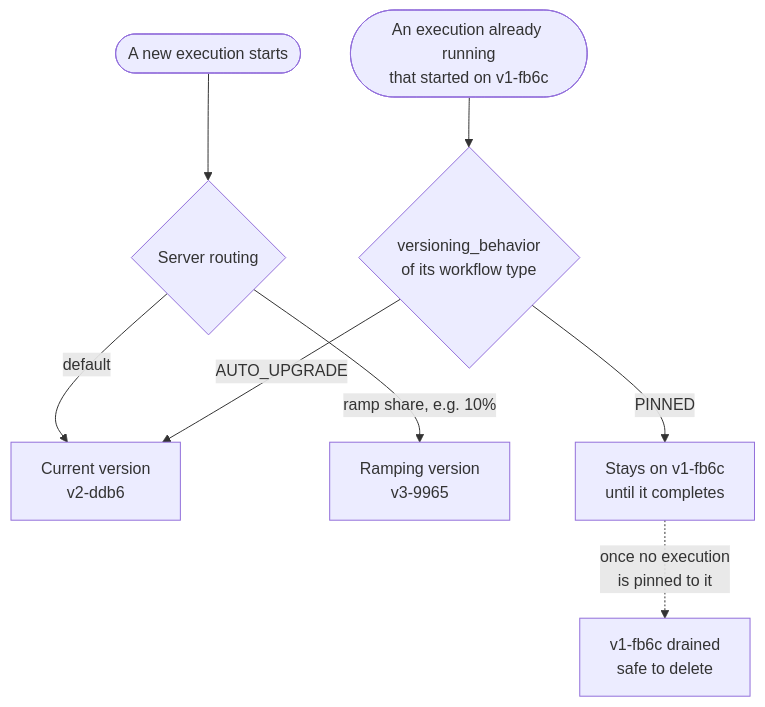
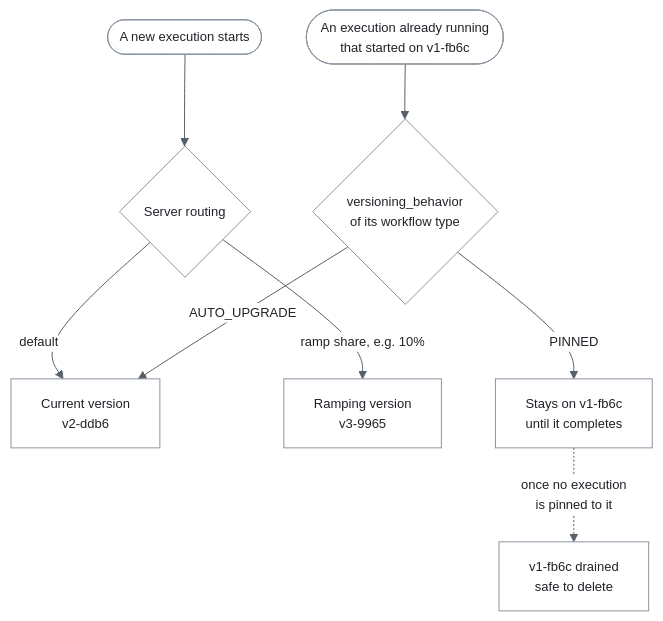
One commit to adam-quan/worker-controller-demo changed the second of 3 diagrams in docs/automating-temporal-worker-versioning.md. Above: the diagram before and after it, drawn with Mermaid. The commit also changed other lines of this file and 2 other files, not shown here.

````diff
--- a/docs/automating-temporal-worker-versioning.md
+++ b/docs/automating-temporal-worker-versioning.md
@@ -151,12 +189,18 @@
 ```mermaid
+%%{init: {"theme":"base","themeVariables":{"background":"#ffffff","primaryColor":"#ffffff","primaryTextColor":"#1f2328","primaryBorderColor":"#8c959f","lineColor":"#57606a","secondaryColor":"#f6f8fa","tertiaryColor":"#ffffff","clusterBkg":"#f6f8fa","clusterBorder":"#d0d7de","edgeLabelBackground":"#ffffff","fontSize":"13px","arrowheadColor":"#57606a","titleColor":"#1f2328","nodeTextColor":"#1f2328","textColor":"#1f2328"},"flowchart":{"htmlLabels":true,"useMaxWidth":true,"diagramPadding":24,"nodeSpacing":45,"rankSpacing":55}}}%%
 flowchart TD
     NEW(["A new execution starts"]) --> ROUTE{"Server routing"}
     ROUTE -->|"default"| CUR["Current version<br/>v2-ddb6"]
     ROUTE -->|"ramp share, e.g. 10%"| RAMP["Ramping version<br/>v3-9965"]
 
     OLD(["An execution already running<br/>that started on v1-fb6c"]) --> BEH{"versioning_behavior<br/>of its workflow type"}
     BEH -->|"PINNED"| OLDV["Stays on v1-fb6c<br/>until it completes"]
     BEH -->|"AUTO_UPGRADE"| CUR
 
     OLDV -.->|"once no execution<br/>is pinned to it"| DRAIN["v1-fb6c drained<br/>safe to delete"]
+
+    %% --- Light palette, in plain diagram syntax --------------------------
+    classDef box fill:#ffffff,stroke:#8c959f,stroke-width:1px,color:#1f2328
+    class NEW,ROUTE,CUR,RAMP,OLD,BEH,OLDV,DRAIN box
+    linkStyle default stroke:#57606a,color:#1f2328
 ```
````
